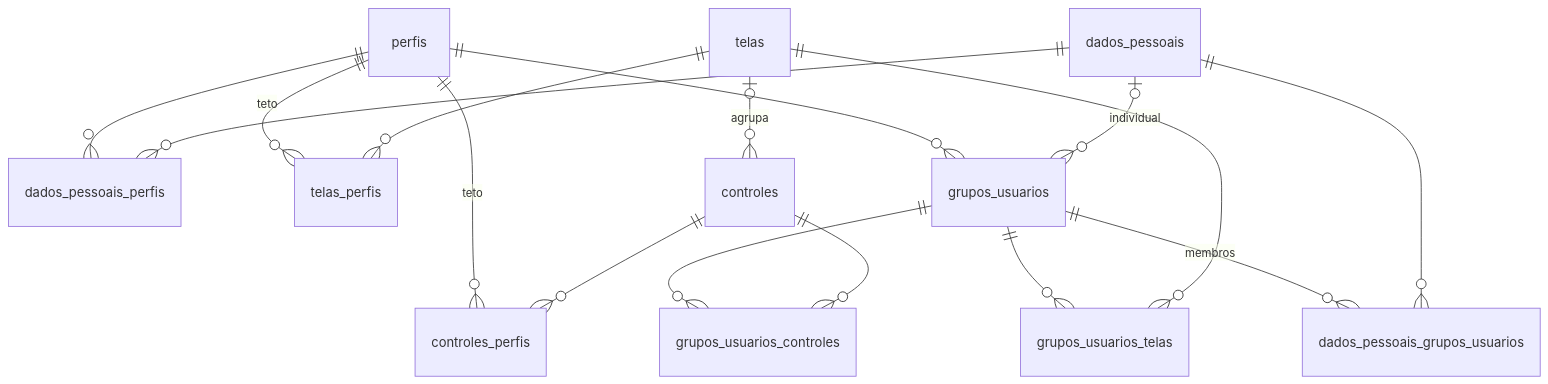
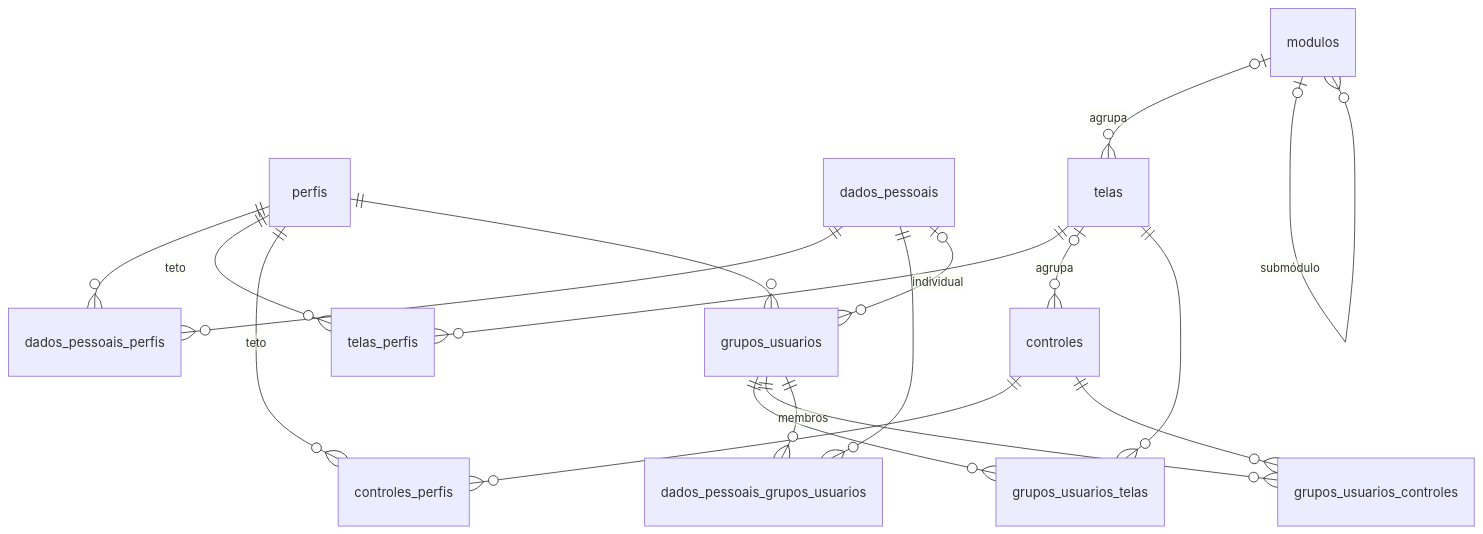
Before and after one commit to Brain-Escolar/brain-project: the diagram in docs/permissoes.md, drawn with Mermaid. The commit also changed other lines of this file and 19 other files, not shown here.

````diff
--- a/docs/permissoes.md
+++ b/docs/permissoes.md
@@ -99,18 +105,20 @@
 ```mermaid
 erDiagram
     perfis ||--o{ dados_pessoais_perfis : ""
     dados_pessoais ||--o{ dados_pessoais_perfis : ""
     perfis ||--o{ telas_perfis : "teto"
     telas ||--o{ telas_perfis : ""
     perfis ||--o{ controles_perfis : "teto"
     controles ||--o{ controles_perfis : ""
     telas |o--o{ controles : "agrupa"
     perfis ||--o{ grupos_usuarios : ""
     grupos_usuarios ||--o{ grupos_usuarios_telas : ""
     telas ||--o{ grupos_usuarios_telas : ""
     grupos_usuarios ||--o{ grupos_usuarios_controles : ""
     controles ||--o{ grupos_usuarios_controles : ""
     grupos_usuarios ||--o{ dados_pessoais_grupos_usuarios : "membros"
     dados_pessoais ||--o{ dados_pessoais_grupos_usuarios : ""
     dados_pessoais |o--o{ grupos_usuarios : "individual"
+    modulos |o--o{ telas : "agrupa"
+    modulos |o--o{ modulos : "submódulo"
 ```
````
